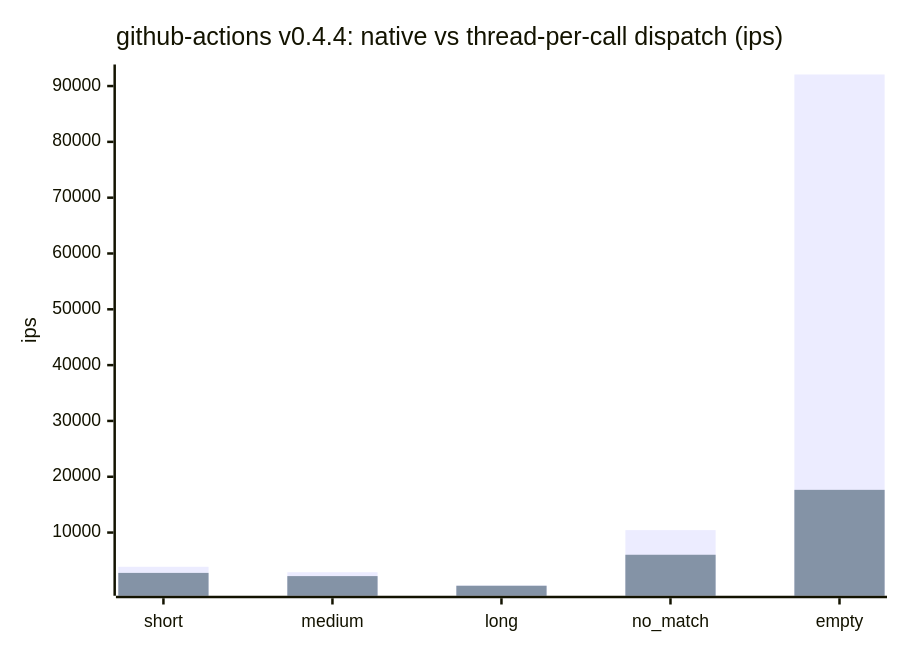
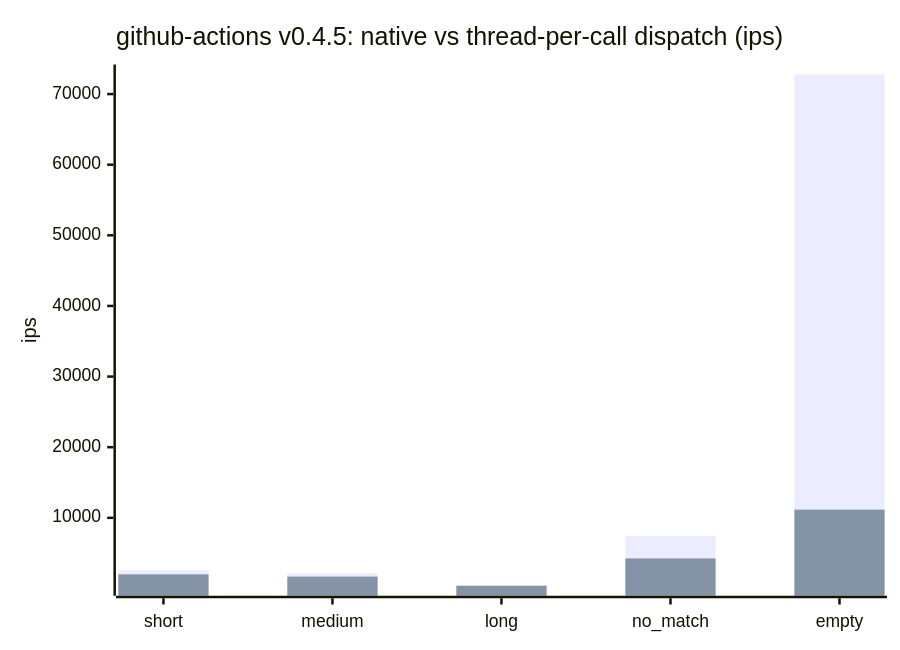
Before and after one commit to cpb/duckling: the first of 7 diagrams in docs/benchmarks/README.md, drawn with Mermaid. The commit also changed other lines of this file and 1 other file, not shown here.

Commit message:
Record github-actions benchmark results for 0.4.5 (#148)

````diff
--- a/docs/benchmarks/README.md
+++ b/docs/benchmarks/README.md
@@ -54,8 +54,8 @@
 ```mermaid
 xychart-beta
-    title "github-actions v0.4.4: native vs thread-per-call dispatch (ips)"
+    title "github-actions v0.4.5: native vs thread-per-call dispatch (ips)"
     x-axis [short, medium, long, no_match, empty]
     y-axis "ips"
-    bar "native" [3867.1, 2892.4, 515.7, 10431.5, 92068.9]
-    bar "thread-per-call" [2773.6, 2198.8, 470.2, 6023.7, 17652.5]
+    bar "native" [2578.5, 2145.3, 415.5, 7419.3, 72771.1]
+    bar "thread-per-call" [1999.4, 1679.5, 382.0, 4251.9, 11159.4]
 ```
````
